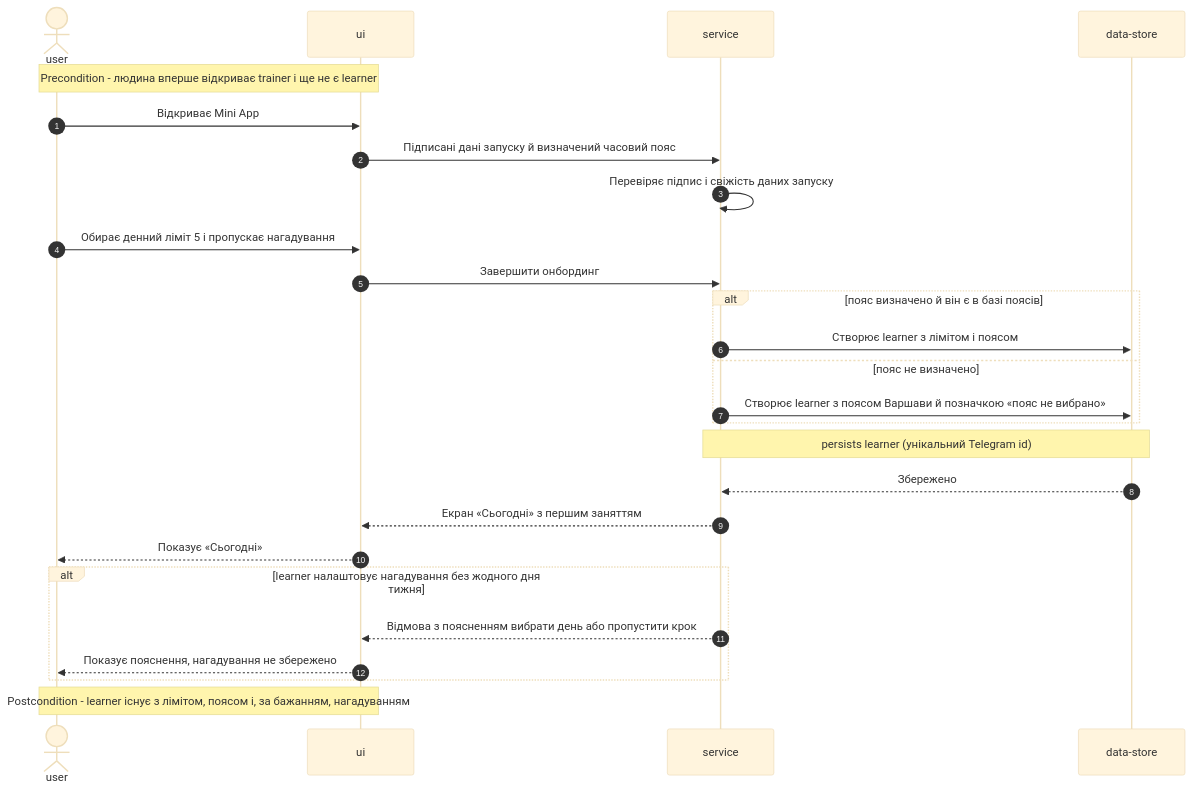
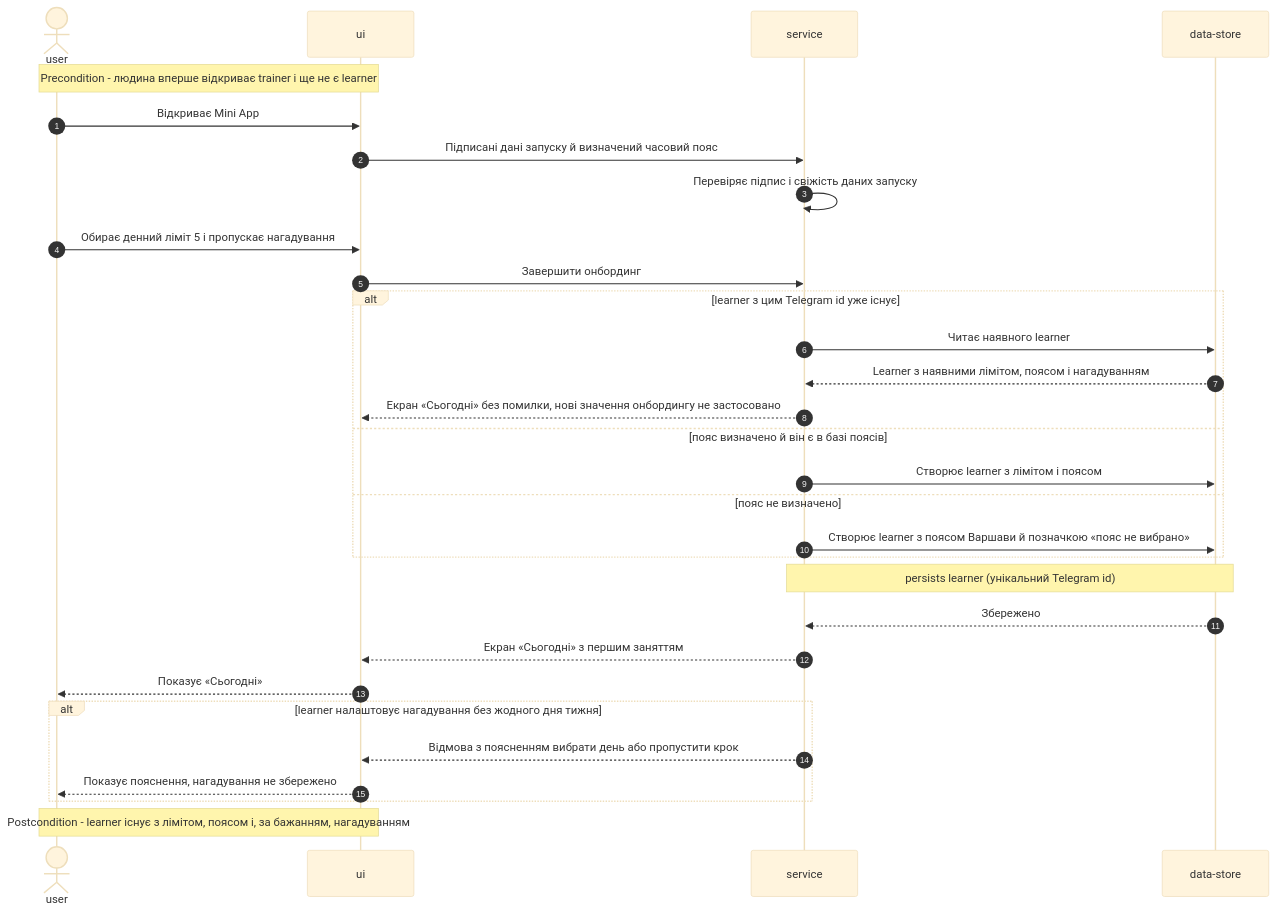
Before and after one commit to HeliosPersonal/constant-learning: the fifth of 17 diagrams in docs/features/personal-trainer-mvp/sad.md, drawn with Mermaid (base theme). The commit also changed other lines of this file and 7 other files, not shown here.

````diff
--- a/docs/features/personal-trainer-mvp/sad.md
+++ b/docs/features/personal-trainer-mvp/sad.md
@@ -208,29 +211,33 @@
 ```mermaid
 sequenceDiagram
     autonumber
     actor U as user
     participant UI as ui
     participant S as service
     participant D as data-store
 
     Note over U,UI: Precondition - людина вперше відкриває trainer і ще не є learner
     U->>UI: Відкриває Mini App
     UI->>S: Підписані дані запуску й визначений часовий пояс
     S->>S: Перевіряє підпис і свіжість даних запуску
     U->>UI: Обирає денний ліміт 5 і пропускає нагадування
     UI->>S: Завершити онбординг
-    alt пояс визначено й він є в базі поясів
+    alt learner з цим Telegram id уже існує
+        S->>D: Читає наявного learner
+        D-->>S: Learner з наявними лімітом, поясом і нагадуванням
+        S-->>UI: Екран «Сьогодні» без помилки, нові значення онбордингу не застосовано
+    else пояс визначено й він є в базі поясів
         S->>D: Створює learner з лімітом і поясом
     else пояс не визначено
         S->>D: Створює learner з поясом Варшави й позначкою «пояс не вибрано»
     end
     Note over S,D: persists learner (унікальний Telegram id)
     D-->>S: Збережено
     S-->>UI: Екран «Сьогодні» з першим заняттям
     UI-->>U: Показує «Сьогодні»
     alt learner налаштовує нагадування без жодного дня тижня
         S-->>UI: Відмова з поясненням вибрати день або пропустити крок
         UI-->>U: Показує пояснення, нагадування не збережено
     end
     Note over U,UI: Postcondition - learner існує з лімітом, поясом і, за бажанням, нагадуванням
 ```
````
